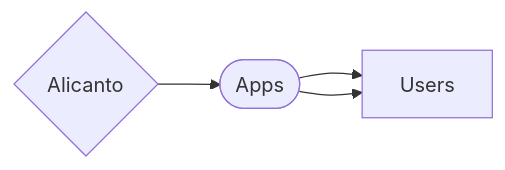
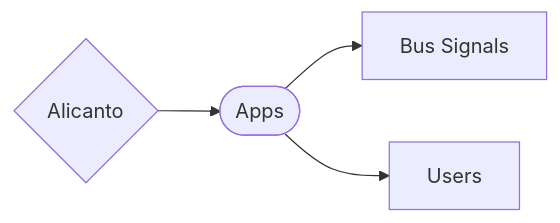
Before and after one commit to Reborn-Telemetry/Alicanto-Backend: the diagram in README.md, drawn with Mermaid.

````diff
--- a/README.md
+++ b/README.md
@@ -20,7 +20,7 @@
 ```mermaid
 flowchart LR
 A{Alicanto} --> B[Apps]
 B([Apps]) --> C[Bus Signals]
-B([Apps]) --> C[Users]
+B([Apps]) --> D[Users]
 
 ```
````
